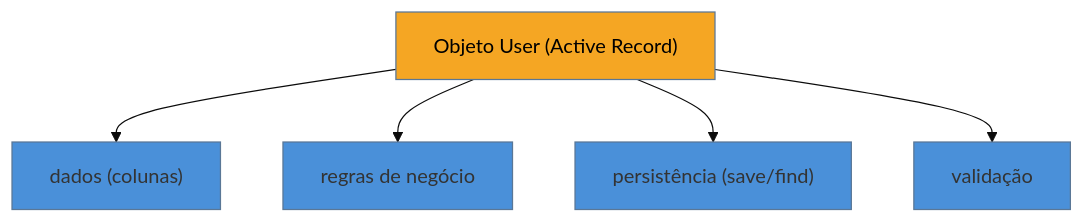
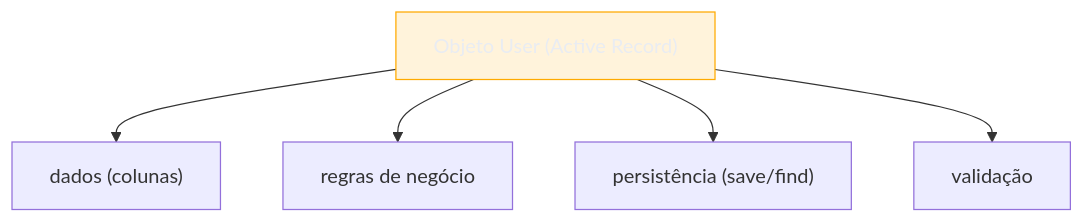
Before and after one commit to josenaldo/codex-technomanticus: the diagram in 03-Dominios/Engenharia/Design de Software/Padrões de Projeto/Acesso a Dados/06 - Active Record.md, drawn with Mermaid. The commit also changed 1181 other files, not shown here.

First line of the commit message:
fix(diagramas): paleta do sistema no lugar de cor cravada no markdown

````diff
--- a/03-Dominios/Engenharia/Design de Software/Padrões de Projeto/Acesso a Dados/06 - Active Record.md
+++ b/03-Dominios/Engenharia/Design de Software/Padrões de Projeto/Acesso a Dados/06 - Active Record.md
@@ -52,10 +52,10 @@
 ```mermaid
-%%{init: {"theme": "base", "themeVariables": {"primaryColor": "#4A90D9"}}}%%
 graph TD
+    classDef destaque fill:#FFAA0024,stroke:#FFAA00,color:#E9ECF2
     AR["Objeto User (Active Record)"] --> D["dados (colunas)"]
     AR --> B["regras de negócio"]
     AR --> P["persistência (save/find)"]
     AR --> V["validação"]
 
-    style AR fill:#F5A623,color:#000
+    class AR destaque
 ```
````
